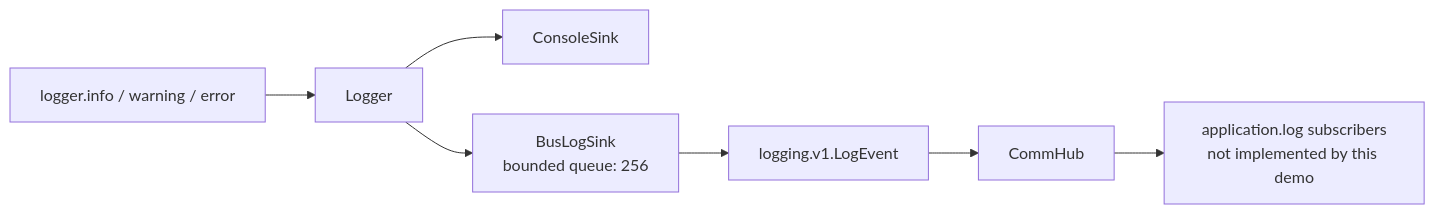
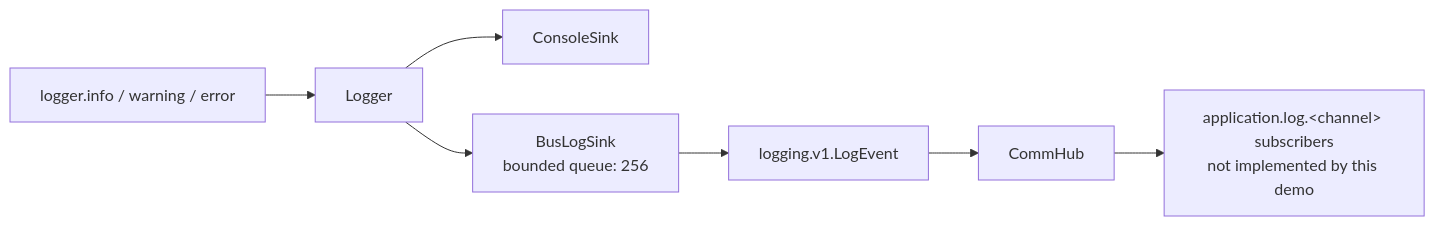
The fourth of 5 diagrams in docs/simulated-communication.md (yucongxing/IndustrialBus), drawn with Mermaid before and after one commit. The commit also changed other lines of this file and 4 other files, not shown here.

````diff
--- a/docs/simulated-communication.md
+++ b/docs/simulated-communication.md
@@ -282,9 +309,9 @@
 ```mermaid
 flowchart LR
     APP["logger.info / warning / error"] --> LOGGER["Logger"]
     LOGGER --> CONSOLE["ConsoleSink"]
     LOGGER --> QUEUE["BusLogSink<br/>bounded queue: 256"]
     QUEUE --> LOG_EVENT["logging.v1.LogEvent"]
     LOG_EVENT --> HUB["CommHub"]
-    HUB --> COLLECTOR["application.log subscribers<br/>not implemented by this demo"]
+    HUB --> COLLECTOR["application.log.&lt;channel&gt; subscribers<br/>not implemented by this demo"]
 ```
````
